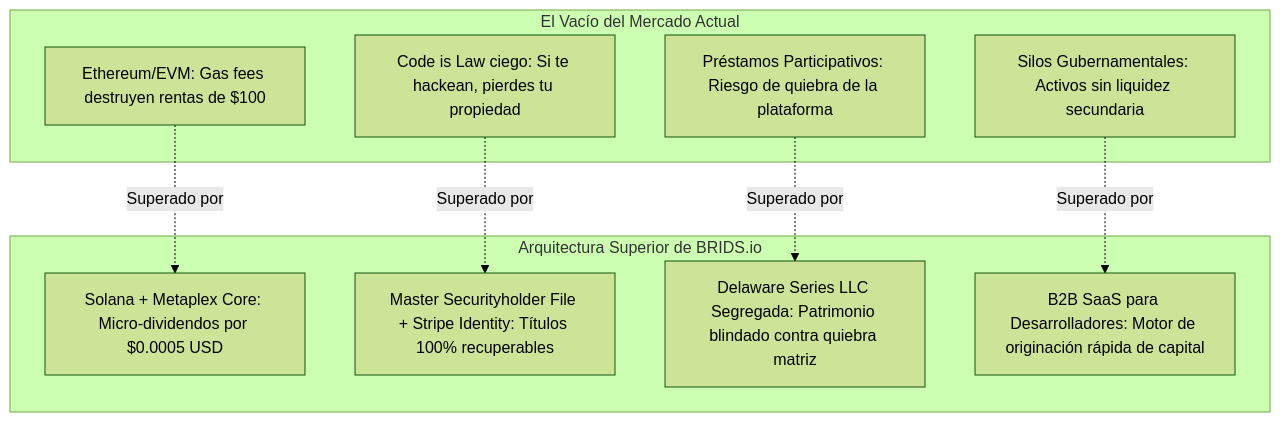
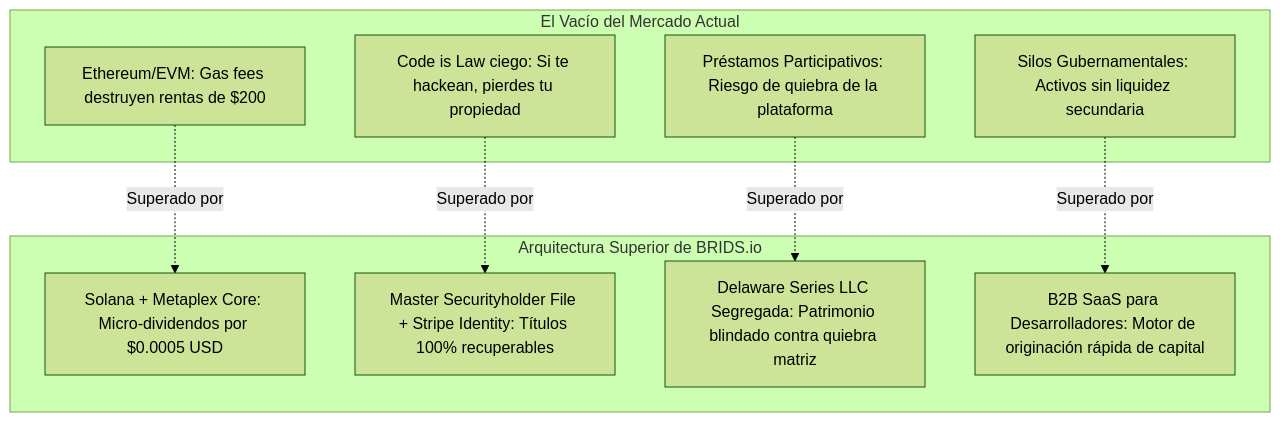
The second of 2 diagrams in BRIDS-Brain/01 Negocio/01 Estrategia & Modelo/market-research/rwa-real-estate-competitor-benchmark.md (jeisonsosablockdev/BRIDS-KNOWLEDGE-FORT), drawn with Mermaid (forest theme) before and after one commit. The commit also changed other lines of this file and 16 other files, not shown here.

````diff
--- a/BRIDS-Brain/01 Negocio/01 Estrategia & Modelo/market-research/rwa-real-estate-competitor-benchmark.md
+++ b/BRIDS-Brain/01 Negocio/01 Estrategia & Modelo/market-research/rwa-real-estate-competitor-benchmark.md
@@ -154,21 +155,21 @@
 ```mermaid
 flowchart TD
     subgraph Deficiencias_Mercado["El Vacío del Mercado Actual"]
-        D1["Ethereum/EVM: Gas fees destruyen rentas de $100"]
+        D1["Ethereum/EVM: Gas fees destruyen rentas de $200"]
         D2["Code is Law ciego: Si te hackean, pierdes tu propiedad"]
         D3["Préstamos Participativos: Riesgo de quiebra de la plataforma"]
         D4["Silos Gubernamentales: Activos sin liquidez secundaria"]
     end
 
     subgraph Foso_BRIDS["Arquitectura Superior de BRIDS.io"]
         B1["Solana + Metaplex Core: Micro-dividendos por $0.0005 USD"]
         B2["Master Securityholder File + Stripe Identity: Títulos 100% recuperables"]
         B3["Delaware Series LLC Segregada: Patrimonio blindado contra quiebra matriz"]
         B4["B2B SaaS para Desarrolladores: Motor de originación rápida de capital"]
     end
 
     D1 -.->|Superado por| B1
     D2 -.->|Superado por| B2
     D3 -.->|Superado por| B3
     D4 -.->|Superado por| B4
 ```
````
